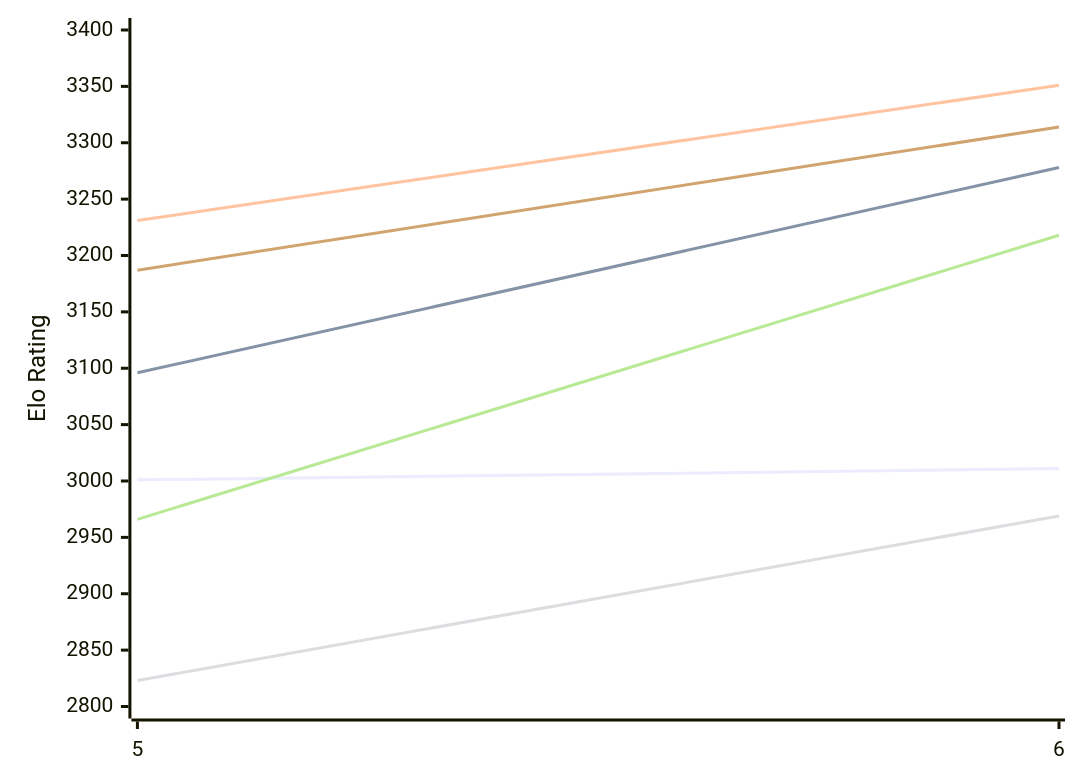
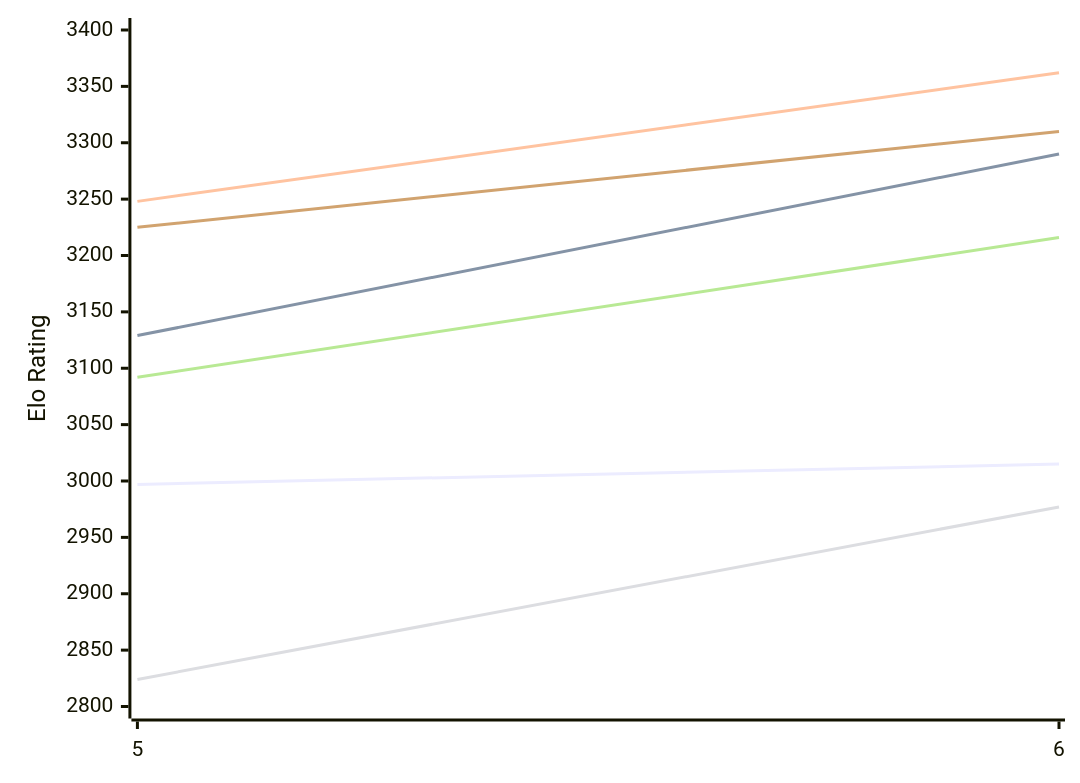
Before and after one commit to computer-chess-index/cci: the first of 2 diagrams in engines/Cwtch.md, drawn with Mermaid. The commit also changed other lines of this file, not shown here.

Commit message:
Update CCI Ratings (ELO VLTC) - 2026-11-16

````diff
--- a/engines/Cwtch.md
+++ b/engines/Cwtch.md
@@ -51,12 +51,12 @@
 ```mermaid
 %%{init: {"theme":"base","themeVariables":{"seriesColors:['#a3a3a3','#222221','#faa371']}}}%%
 xychart-beta
   x-axis ["5", "6"]
   y-axis "Elo Rating" 2800 --> 3400
-  line "E1: STC (8.0+0.08s)" [3001, 3011]
-  line "E1: LTC (60.0+0.60s)" [3096, 3278]
-  line "E1: VLTC (2m24s+1.12s)" [3231, 3351]
-  line "P1: STC (8.0+0.08s)" [2823, 2969]
-  line "P1: LTC (60.0+0.60s)" [2966, 3218]
-  line "P1: VLTC (2m24s+1.12s)" [3187, 3314]
+  line "E1: STC (8.0+0.08s)" [2997, 3015]
+  line "E1: LTC (60.0+0.60s)" [3129, 3290]
+  line "E1: VLTC (2m24s+1.12s)" [3248, 3362]
+  line "P1: STC (8.0+0.08s)" [2824, 2977]
+  line "P1: LTC (60.0+0.60s)" [3092, 3216]
+  line "P1: VLTC (2m24s+1.12s)" [3225, 3310]
 ```
````
